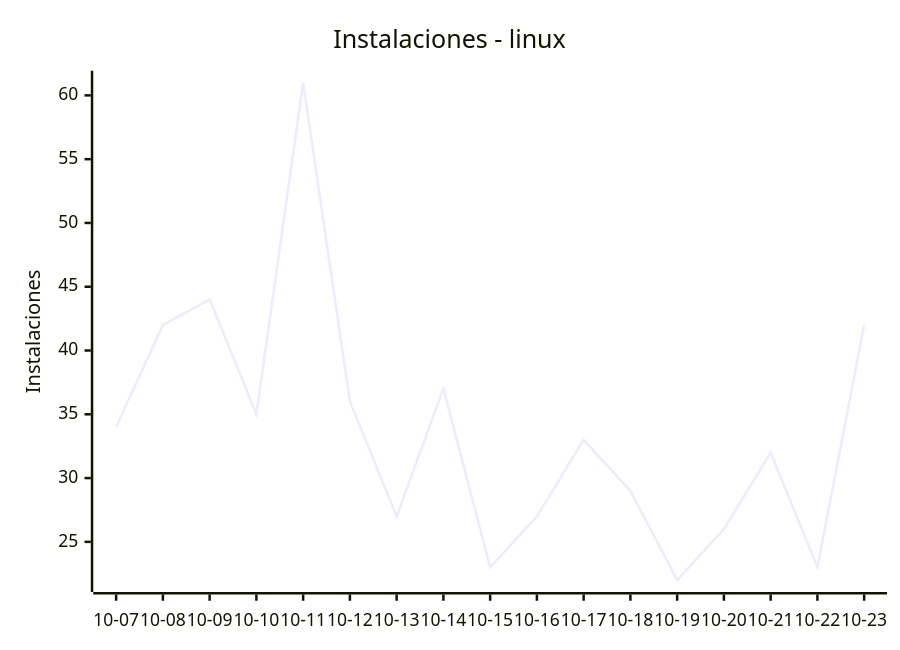
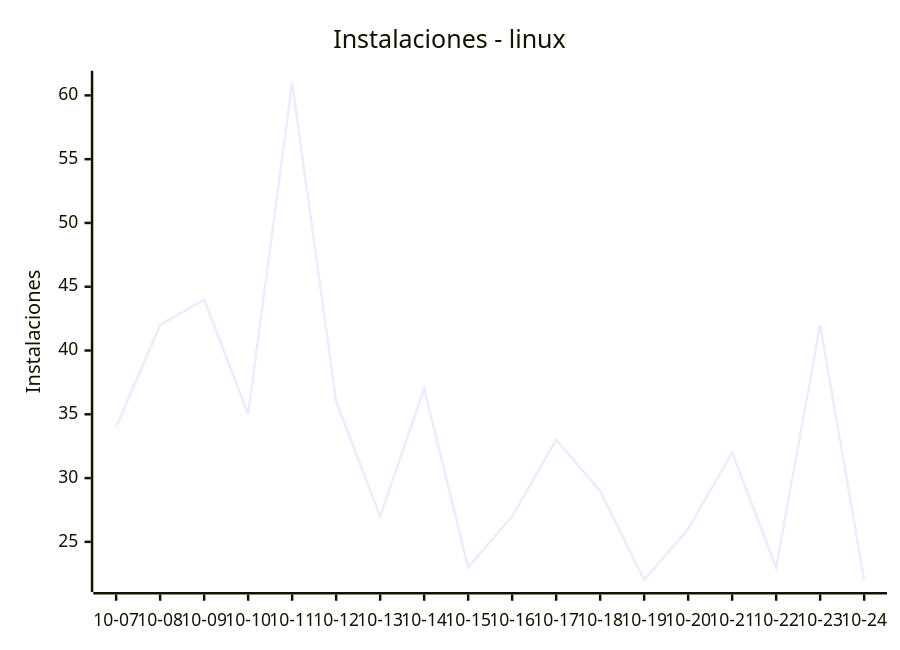
The fifth of 9 diagrams in README.md (EmuDeck/stats), drawn with Mermaid before and after one commit. The commit also changed other lines of this file and 2 other files, not shown here.

````diff
--- a/README.md
+++ b/README.md
@@ -60,7 +60,7 @@
 ```mermaid
 xychart-beta
     title "Instalaciones - linux"
-    x-axis ["10-07", "10-08", "10-09", "10-10", "10-11", "10-12", "10-13", "10-14", "10-15", "10-16", "10-17", "10-18", "10-19", "10-20", "10-21", "10-22", "10-23"]
+    x-axis ["10-07", "10-08", "10-09", "10-10", "10-11", "10-12", "10-13", "10-14", "10-15", "10-16", "10-17", "10-18", "10-19", "10-20", "10-21", "10-22", "10-23", "10-24"]
     y-axis "Instalaciones"
-    line [34, 42, 44, 35, 61, 36, 27, 37, 23, 27, 33, 29, 22, 26, 32, 23, 42]
+    line [34, 42, 44, 35, 61, 36, 27, 37, 23, 27, 33, 29, 22, 26, 32, 23, 42, 22]
 ```
````
